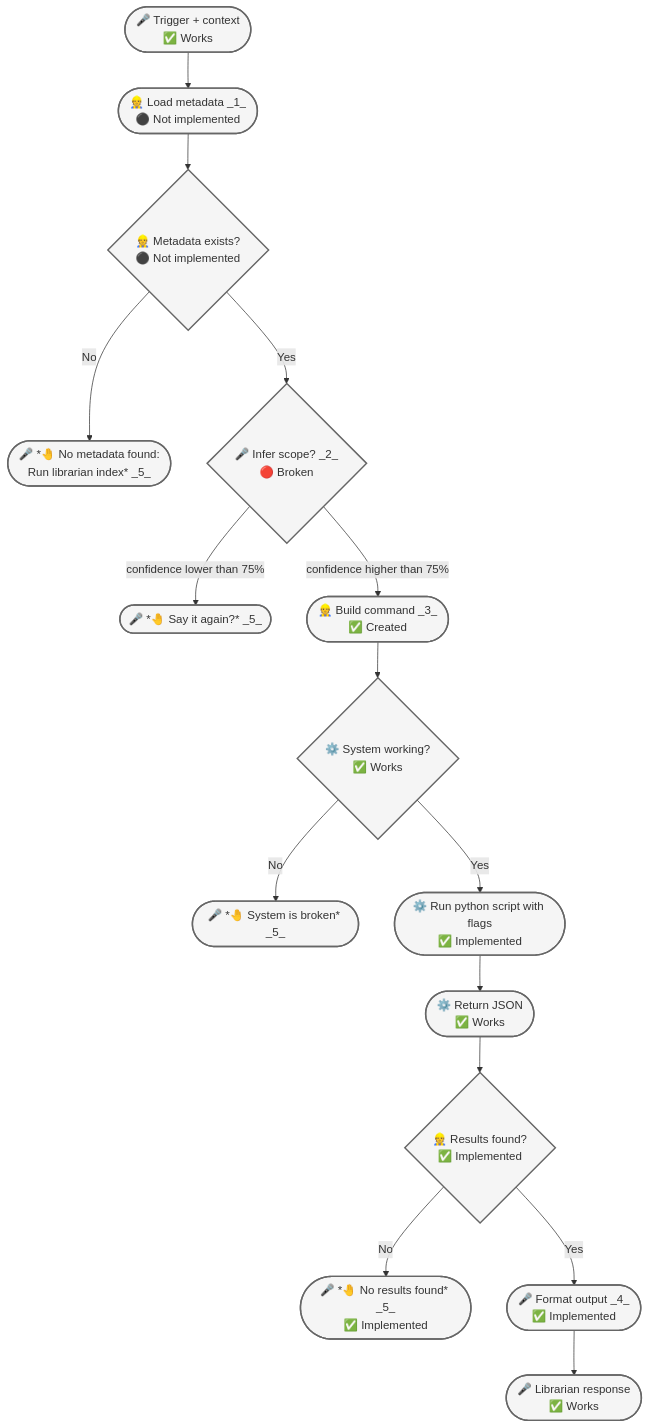
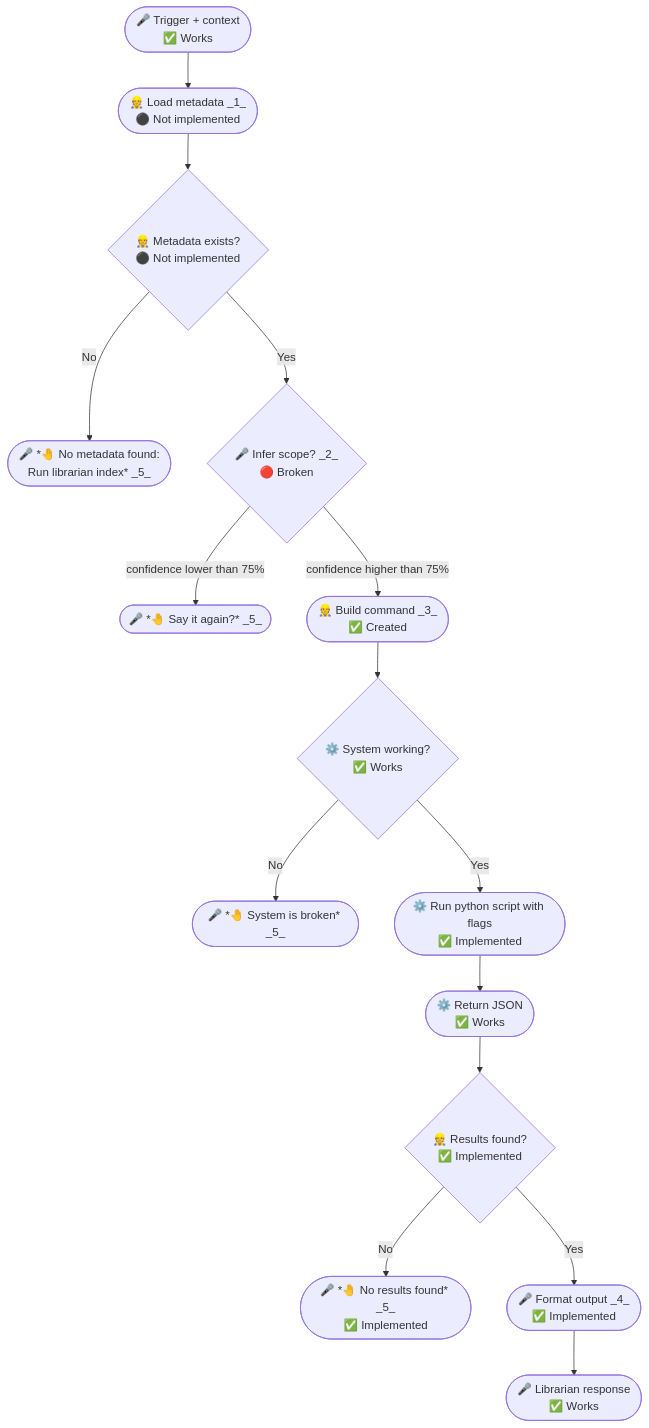
One commit to nonlinear/librarian changed the first of 2 diagrams in backstage/epic-notes/v0.15.0-skill-protocol.md. Above: the diagram before and after it, drawn with Mermaid. The commit also changed other lines of this file, not shown here.

Commit message:
contract: CSS FUNCIONA! SVG fill/stroke + all state classes, remove classDef

````diff
--- a/backstage/epic-notes/v0.15.0-skill-protocol.md
+++ b/backstage/epic-notes/v0.15.0-skill-protocol.md
@@ -15,27 +42,25 @@
 ```mermaid
 flowchart TB
     TRIGGER(["🎤 Trigger + context<br/>✅ Works"]):::developed
     TRIGGER --> METADATA(["👷 Load metadata _1_<br/>⚫ Not implemented"]):::default
     METADATA --> CHECK{"👷 Metadata exists?<br/>⚫ Not implemented"}:::default
     
     CHECK -->|No| ERROR(["🎤 *🤚 No metadata found:<br>Run librarian index* _5_"]):::approved
     CHECK -->|Yes| INFER{"🎤 Infer scope? _2_<br/>🔴 Broken"}:::blocker
     
     INFER -->|confidence lower than 75%| CLARIFY(["🎤 *🤚 Say it again?* _5_"]):::approved
     INFER -->|confidence higher than 75%| BUILD(["👷 Build command _3_<br/>✅ Created"]):::developed
     
     BUILD --> CHECK_SYSTEM{"⚙️ System working?<br/>✅ Works"}:::developed
     
     CHECK_SYSTEM -->|No| BROKEN(["🎤 *🤚 System is broken* _5_"]):::approved
     CHECK_SYSTEM -->|Yes| EXEC(["⚙️ Run python script with flags<br/>✅ Implemented"]):::developed
     
     EXEC --> JSON(["⚙️ Return JSON<br/>✅ Works"]):::developed
     JSON --> CHECK_RESULTS{"👷 Results found?<br/>✅ Implemented"}:::developed
     
     CHECK_RESULTS -->|No| EMPTY(["🎤 *🤚 No results found* _5_<br/>✅ Implemented"]):::developed
     CHECK_RESULTS -->|Yes| FORMAT(["🎤 Format output _4_<br/>✅ Implemented"]):::developed
     
     FORMAT --> RESPONSE(["🎤 Librarian response<br/>✅ Works"]):::developed
-    
-    classDef default fill:#f5f5f5,stroke:#666,stroke-width:2px
 ```
````
